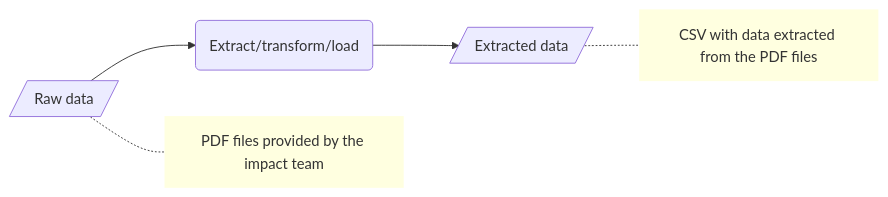
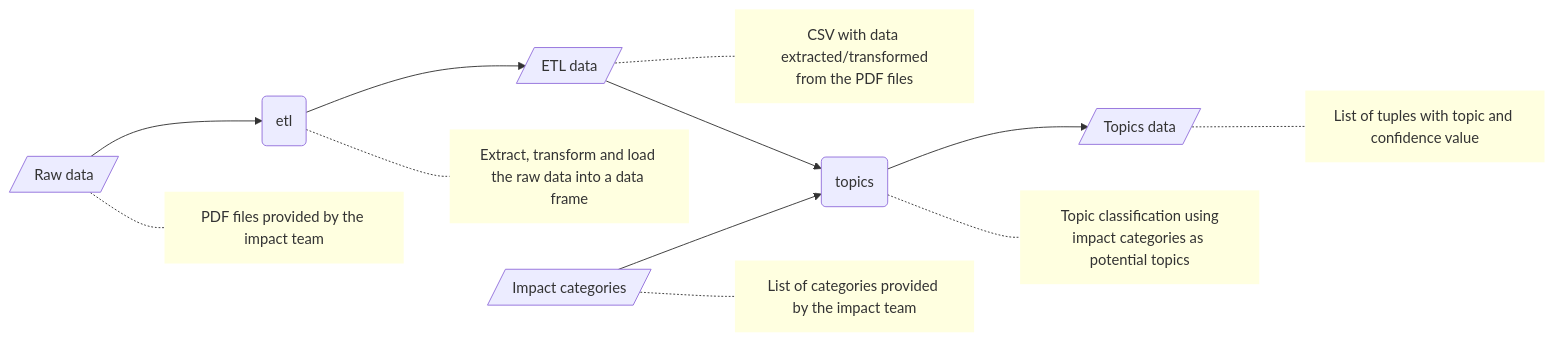
The diagram in README.md (kingsdigitallab/refida), drawn with Mermaid before and after one commit. The commit also changed other lines of this file and 7 other files, not shown here.

Commit message:
📦 New: Add command to do topic classification.

````diff
--- a/README.md
+++ b/README.md
@@ -7,13 +9,27 @@
 ```mermaid
 flowchart LR
-    data_raw[/Raw data/] --> etl(Extract/transform/load)
+    data_raw[/Raw data/] --> etl(etl)
     data_raw -.- comment_data_raw[PDF files provided by the impact team]
     class comment_data_raw comment
 
-    etl --> data_extracted[/Extracted data/]
+    etl --> data_etl[/ETL data/]
+    etl -.- comment_etl[Extract, transform and load the raw data into a data frame]
+    class comment_etl comment
 
-    data_extracted -.- comment_data_extracted[CSV with data extracted from the PDF files]
-    class comment_data_extracted comment
+    data_etl -.- comment_data_etl[CSV with data extracted/transformed\nfrom the PDF files]
+    data_etl --> topics(topics)
+    class comment_data_etl comment
+
+    data_impact_categories[/Impact categories/] --> topics(topics)
+    data_impact_categories -.- comment_data_impact_categories[List of categories provided by the impact team]
+    class comment_data_impact_categories comment
+
+    topics --> data_topics[/Topics data/]
+    topics -.- comment_topics[Topic classification using\nimpact categories as potential topics]
+    class comment_topics comment
+
+    data_topics -.- comment_data_topics[List of tuples with topic and confidence value]
+    class comment_data_topics comment
 
     classDef comment fill:lightyellow,stroke-width:0px;
 ```
````
